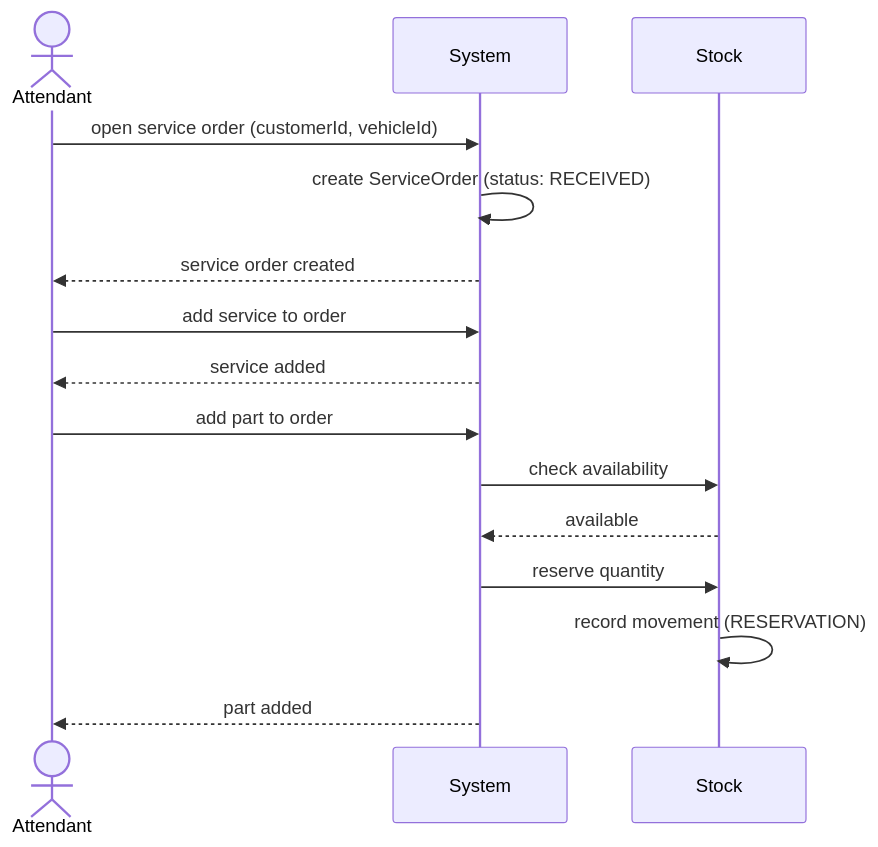
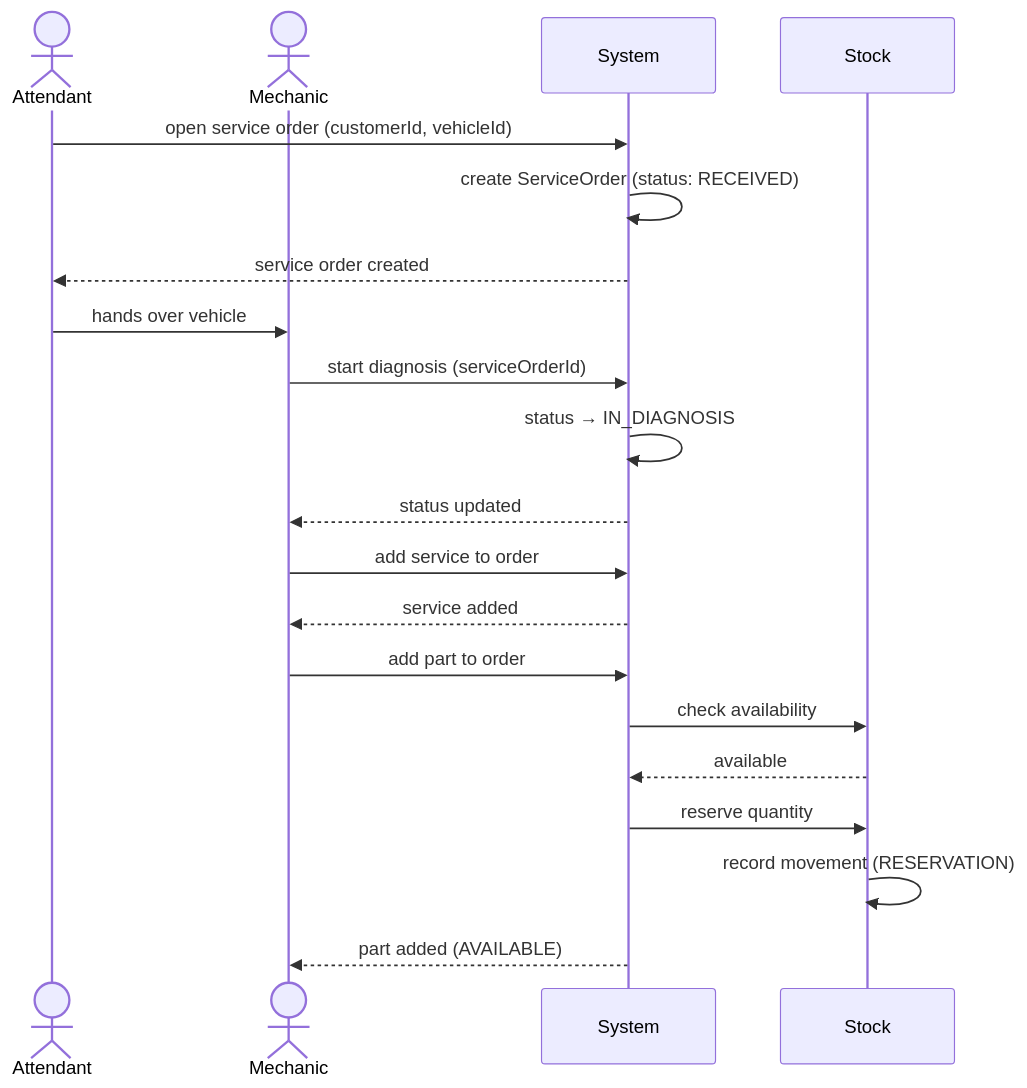
Before and after one commit to rnataoliveira/mechanics-software: the fifth of 18 diagrams in docs/domain/domain-storytelling.md, drawn with Mermaid. The commit also changed other lines of this file, not shown here.

````diff
--- a/docs/domain/domain-storytelling.md
+++ b/docs/domain/domain-storytelling.md
@@ -164,20 +167,26 @@
 ```mermaid
 sequenceDiagram
     actor Attendant
+    actor Mechanic
     participant System
     participant Stock
 
     Attendant->>System: open service order (customerId, vehicleId)
     System->>System: create ServiceOrder (status: RECEIVED)
     System-->>Attendant: service order created
 
-    Attendant->>System: add service to order
-    System-->>Attendant: service added
+    Attendant->>Mechanic: hands over vehicle
+    Mechanic->>System: start diagnosis (serviceOrderId)
+    System->>System: status → IN_DIAGNOSIS
+    System-->>Mechanic: status updated
 
-    Attendant->>System: add part to order
+    Mechanic->>System: add service to order
+    System-->>Mechanic: service added
+
+    Mechanic->>System: add part to order
     System->>Stock: check availability
     Stock-->>System: available
     System->>Stock: reserve quantity
     Stock->>Stock: record movement (RESERVATION)
-    System-->>Attendant: part added
+    System-->>Mechanic: part added (AVAILABLE)
 ```
````
